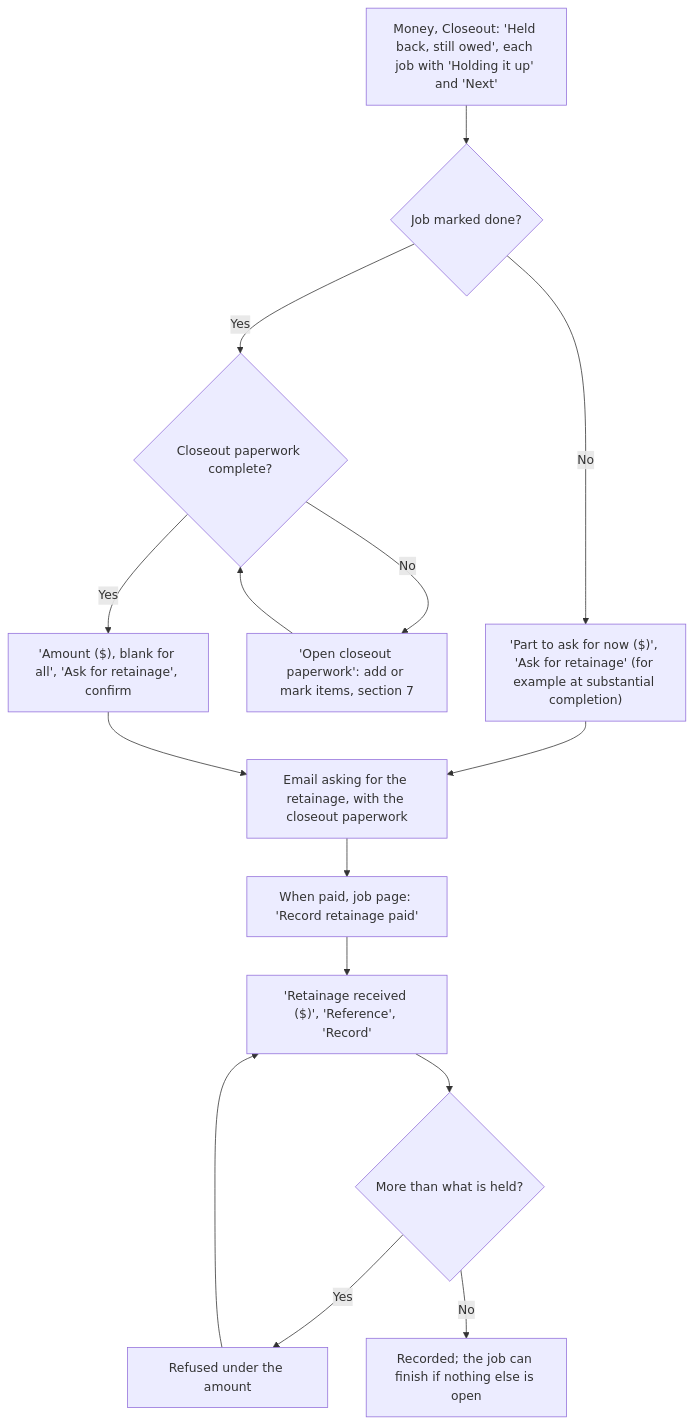
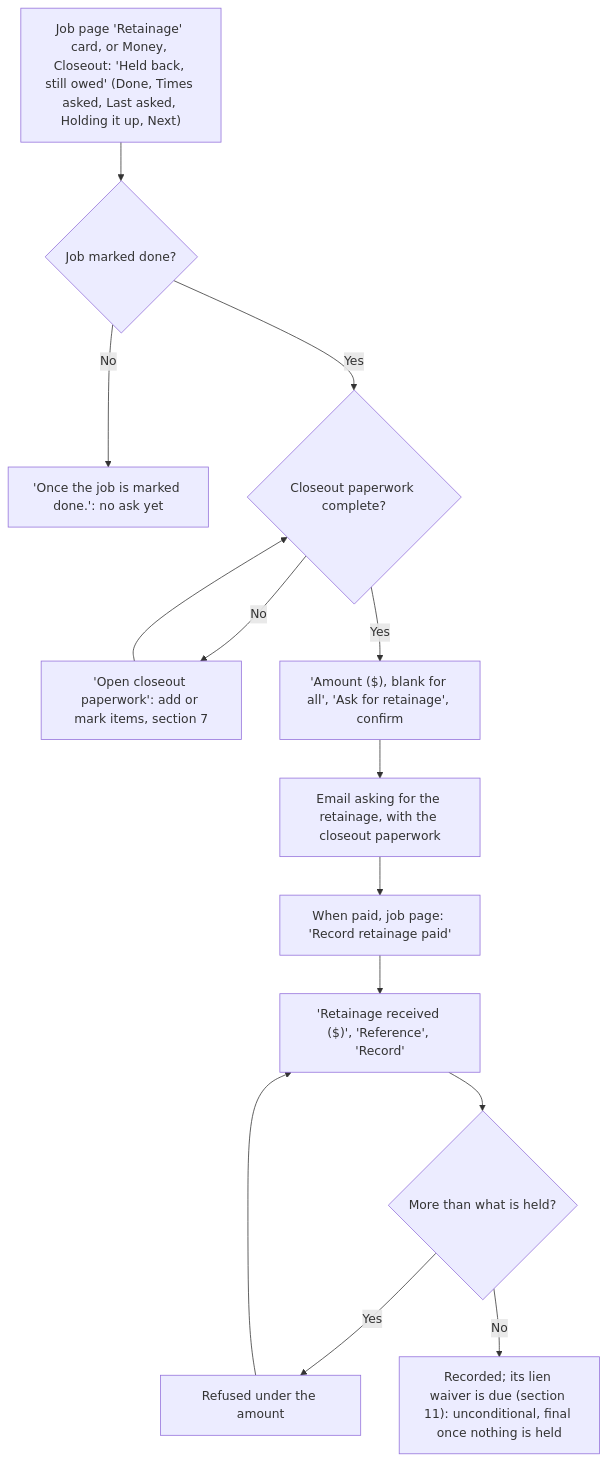
Diagram 12 of 15 in docs/client-flows.md (cartwrightstephen/billdable), drawn with Mermaid before and after one commit. The commit also changed other lines of this file and 8 other files, not shown here.

First line of the commit message:
Finish the waiver form list, closeout skips and the docs for paperwork, waivers and retainage

````diff
--- a/docs/client-flows.md
+++ b/docs/client-flows.md
@@ -445,17 +447,16 @@
 ```mermaid
 flowchart TD
-    A["Money, Closeout: 'Held back, still owed', each job with 'Holding it up' and 'Next'"] --> B{"Job marked done?"}
-    B -->|"No"| C["'Part to ask for now ($)', 'Ask for retainage' (for example at substantial completion)"]
+    A["Job page 'Retainage' card, or Money, Closeout: 'Held back, still owed' (Done, Times asked, Last asked, Holding it up, Next)"] --> B{"Job marked done?"}
+    B -->|"No"| C["'Once the job is marked done.': no ask yet"]
     B -->|"Yes"| D{"Closeout paperwork complete?"}
     D -->|"No"| E["'Open closeout paperwork': add or mark items, section 7"]
     E --> D
     D -->|"Yes"| F["'Amount ($), blank for all', 'Ask for retainage', confirm"]
-    C --> G
     F --> G["Email asking for the retainage, with the closeout paperwork"]
     G --> J["When paid, job page: 'Record retainage paid'"]
     J --> K["'Retainage received ($)', 'Reference', 'Record'"]
     K --> L{"More than what is held?"}
     L -->|"Yes"| M["Refused under the amount"]
     M --> K
-    L -->|"No"| N["Recorded; the job can finish if nothing else is open"]
+    L -->|"No"| N["Recorded; its lien waiver is due (section 11): unconditional, final once nothing is held"]
 ```
````
